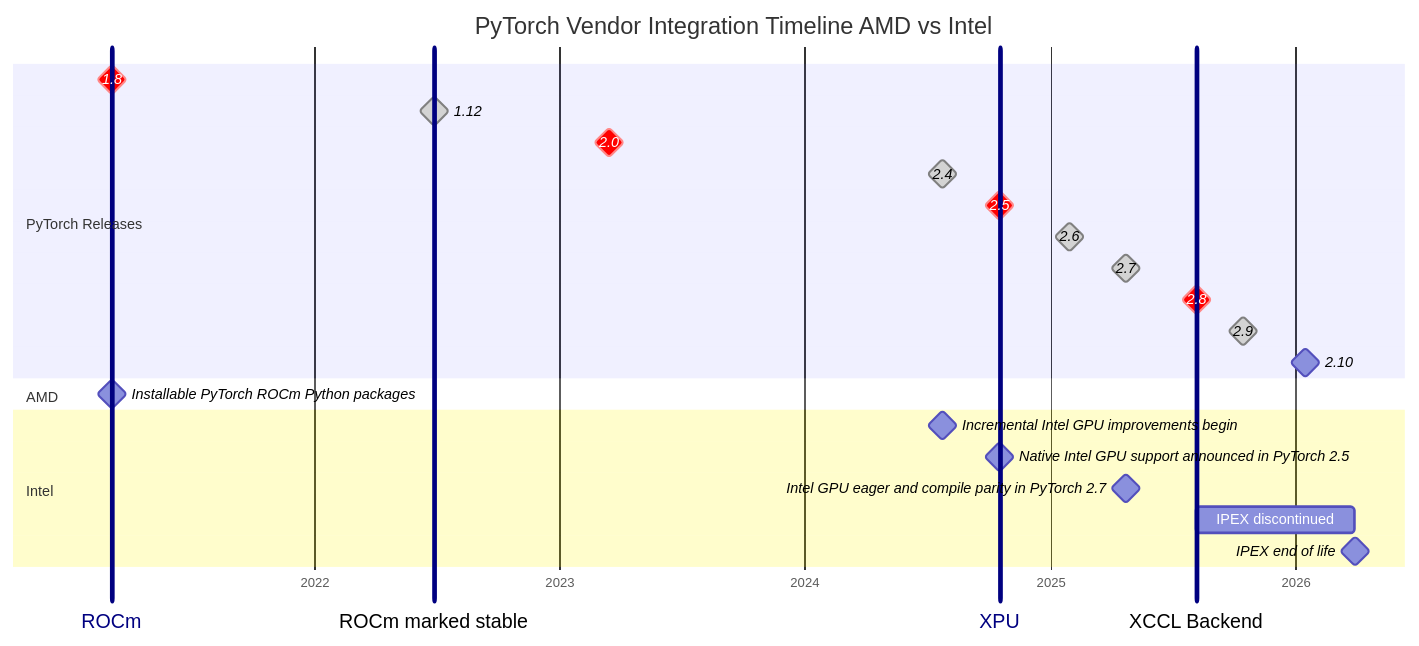
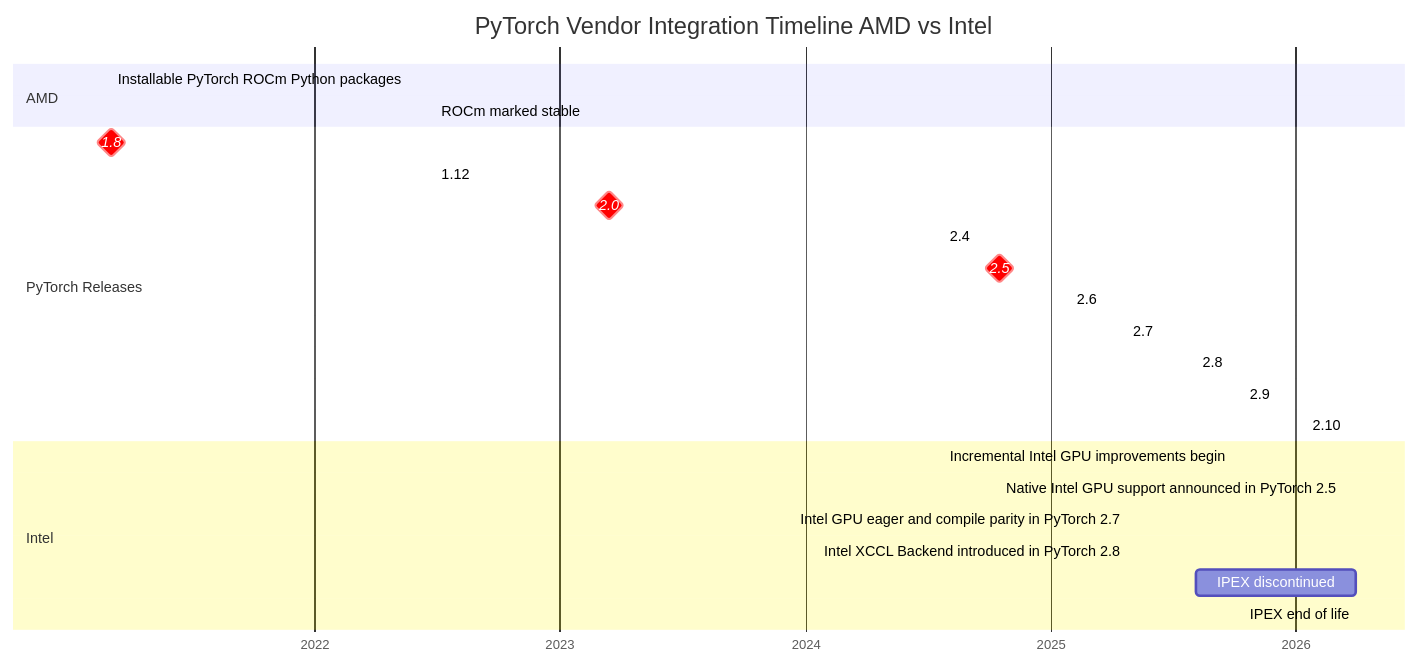
The second of 3 diagrams in docs/posts/2026/01/10/index.md (saforem2/personal_site), drawn with Mermaid before and after one commit. The commit also changed other lines of this file and 130 other files, not shown here.

````diff
--- a/docs/posts/2026/01/10/index.md
+++ b/docs/posts/2026/01/10/index.md
@@ -49,44 +41,31 @@
 ``` mermaid
 gantt
     title PyTorch Vendor Integration Timeline AMD vs Intel
     dateFormat  YYYY-MM-DD
     axisFormat  %Y
 
+section AMD
+    Installable PyTorch ROCm Python packages         :amd2, 2021-03-04,
+    ROCm marked stable                               :amd3,2022-06-28,
 
 section PyTorch Releases
-    1.8                                             :crit,milestone, pt180, 2021-03-04, 1d
-    1.12                                            :done,milestone, pt1120, 2022-06-28, 1d
-    2.0                                             :crit,milestone, pt200, 2023-03-15, 1d
-    2.4                                             :done,milestone,pt24, 2024-07-24, 1d
-    2.5                                             :crit,milestone, pt250, 2024-10-17, 1d
-    2.6                                             :milestone,done,2025-01-29, 1d
-    2.7                                             :done,milestone, pt270, 2025-04-23, 1d
-    2.8                                             :crit,milestone, pt280, 2025-08-06, 1d
-    2.9                                            :done,milestone, pt290, 2025-10-15, 1d
-    2.10                                           :milestone, pt210, 2026-01-15, 1d
-
-section AMD
-    ROCm                                             :vert, amd1, 2021-03-04, 1d
-    Installable PyTorch ROCm Python packages         :milestone, amd2, 2021-03-04, 1d
-    %% ROCm development                                 :amd25, 2021-03-04, 2022-06-28,
-    ROCm marked stable                               :vert,done,amd3,2022-06-28,
-    %% PyTorch 1.12 ROCm marked stable                  :done,milestone,amd3 2022-06-28, 1d
-    %% PyTorch joins Linux Foundation (AMD board)       :done, amd4, 2022-09-01, 2022-12-31
-    %% Torch 2.0 TorchInductor MI250 Performance        :vert,amd5,2023-03-15, 1d
-    %% PyTorch 2.0 day zero ROCm support                :done, amd6, 2023-04-01, 2023-12-31
-    %% Triton kernel ecosystem support                  :done, amd7, 2023-06-01, 2024-03-31
-    %% MI300x PyTorch deployment guides                 :done, amd8, 2024-06-01, 2024-08-31
-    %% Torchtune LLM fine tuning on AMD GPUs             :done, amd9, 2024-10-01, 2024-10-31
-    %% Expanded ROCm wheel variants in PyTorch 2.8 2.9    :milestone, amd10, 2025-10-15, 1d
+    1.8                                             :milestone,crit, pt180, 2021-03-04,
+    1.12                                            :pt1120, 2022-06-28,
+    2.0                                             :milestone,crit,pt200, 2023-03-15,
+    2.4                                             :pt24, 2024-07-24,
+    2.5                                             :milestone,crit,pt250, 2024-10-17,
+    2.6                                             :pt260, 2025-01-29,
+    2.7                                             :pt270, 2025-04-23,
+    2.8                                             :crit, pt280, 2025-08-06,
+    2.9                                             :pt290, 2025-10-15,
+    2.10                                            :pt210, 2026-01-15,
 
 section Intel
-    %% Intel Extension for PyTorch launched               :milestone, int1, 2020-01-01, 1d
-    Incremental Intel GPU improvements begin           :milestone, int2, 2024-07-24, 1d
-    Native Intel GPU support announced in PyTorch 2.5  :milestone, int3, 2024-10-17, 1d
-    XPU                                                :vert, 2024-10-17, 1d
-    Intel GPU eager and compile parity in PyTorch 2.7  :milestone, int4, 2025-04-23, 1d
-    XCCL Backend                                       :vert,done, 2025-08-06,
-    IPEX discontinued                                  :int5, 2025-08-06, 2026-03-31
-    IPEX end of life                                   :milestone, int6, 2026-03-31, 1d
+    Incremental Intel GPU improvements begin           :int2, 2024-07-24,
+    Native Intel GPU support announced in PyTorch 2.5  :int3, 2024-10-17,
+    Intel GPU eager and compile parity in PyTorch 2.7  :int4, 2025-04-23,
+    Intel XCCL Backend introduced in PyTorch 2.8       :int5, 2025-04-23,
+    IPEX discontinued                                  :int6, 2025-08-06, 2026-03-31
+    IPEX end of life                                   :int7, 2026-03-31,
 
 ```
````
